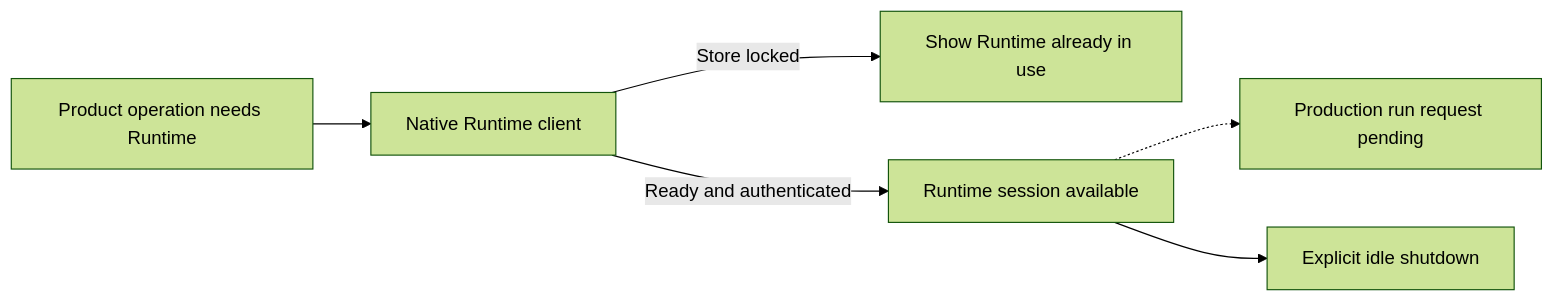
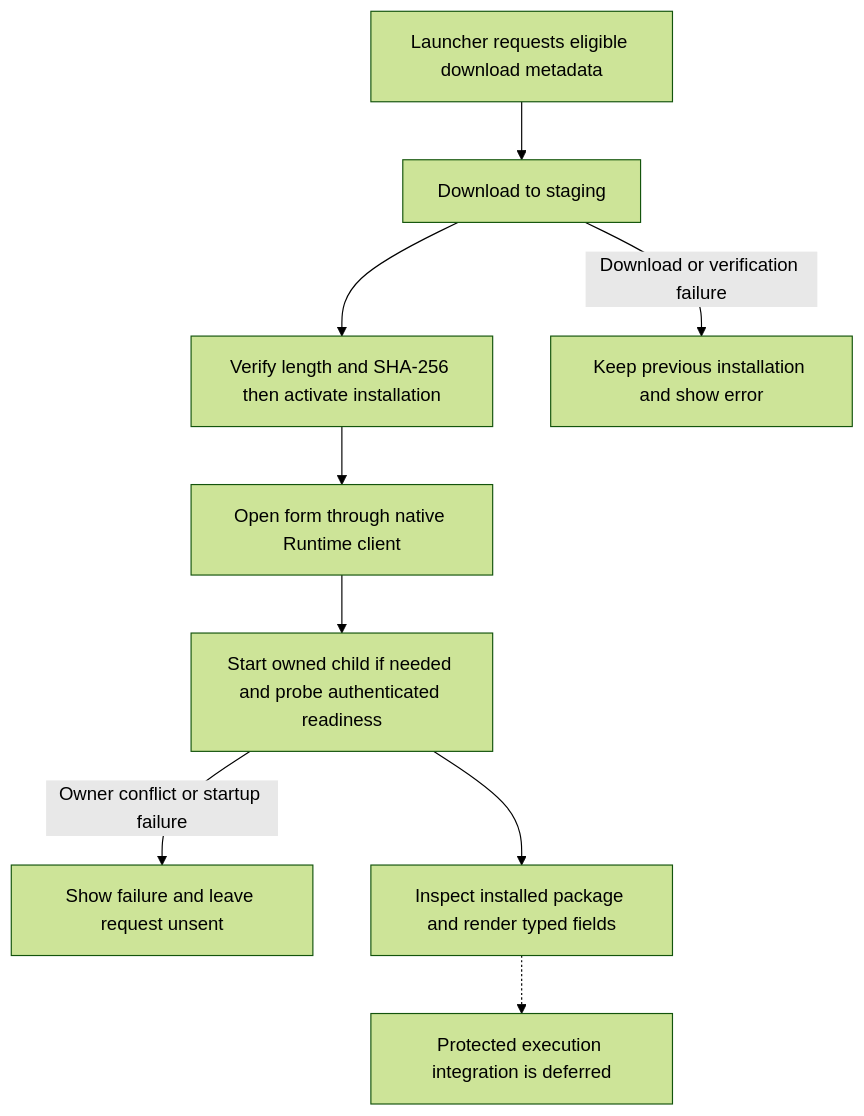
One commit to A2MaTex/a2matex-docs changed the diagram in components/a2matex-runtime/integration/launcher.md. Above: the diagram before and after it, drawn with Mermaid (forest theme). The commit also changed other lines of this file and 23 other files, not shown here.

````diff
--- a/components/a2matex-runtime/integration/launcher.md
+++ b/components/a2matex-runtime/integration/launcher.md
@@ -10,8 +48,11 @@
 ```mermaid
-flowchart LR
-    P[Product operation needs Runtime] --> C[Native Runtime client]
-    C -->|Store locked| B[Show Runtime already in use]
-    C -->|Ready and authenticated| R[Runtime session available]
-    R -.-> X[Production run request pending]
-    R --> S[Explicit idle shutdown]
+flowchart TD
+    A[Launcher requests eligible download metadata] --> B[Download to staging]
+    B --> C[Verify length and SHA-256 then activate installation]
+    B -->|Download or verification failure| X[Keep previous installation and show error]
+    C --> D[Open form through native Runtime client]
+    D --> R[Start owned child if needed and probe authenticated readiness]
+    R -->|Owner conflict or startup failure| Y[Show failure and leave request unsent]
+    R --> E[Inspect installed package and render typed fields]
+    E -.-> F[Protected execution integration is deferred]
 ```
````
